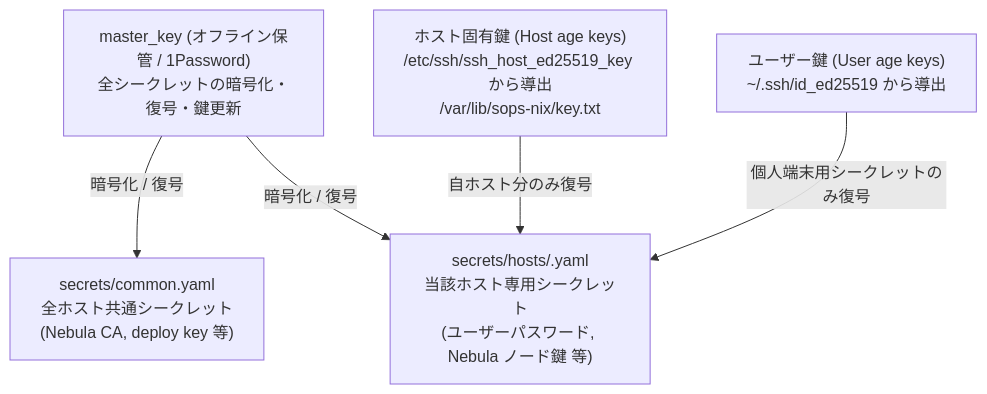
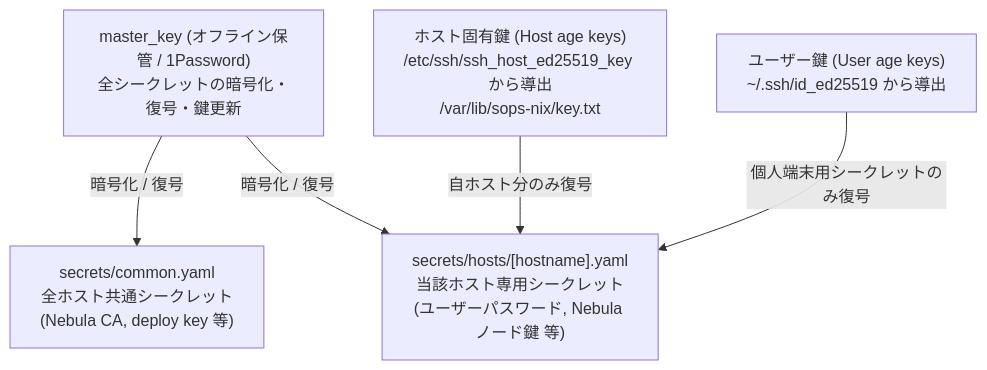
One commit to t3u-tsu/nix-config changed the diagram in docs/operations/secret-management.md. Above: the diagram before and after it, drawn with Mermaid. The commit also changed 3 other files, not shown here.

Commit message:
docs: fix Mermaid syntax errors and escape labels for GitHub renderer

````diff
--- a/docs/operations/secret-management.md
+++ b/docs/operations/secret-management.md
@@ -11,15 +11,15 @@
 ```mermaid
 graph TD
     Master["master_key (オフライン保管 / 1Password)<br>全シークレットの暗号化・復号・鍵更新"]
     HostKey["ホスト固有鍵 (Host age keys)<br>/etc/ssh/ssh_host_ed25519_key から導出<br>/var/lib/sops-nix/key.txt"]
     UserKey["ユーザー鍵 (User age keys)<br>~/.ssh/id_ed25519 から導出"]
 
     CommonSecret["secrets/common.yaml<br>全ホスト共通シークレット<br>(Nebula CA, deploy key 等)"]
-    HostSecret["secrets/hosts/<hostname>.yaml<br>当該ホスト専用シークレット<br>(ユーザーパスワード, Nebula ノード鍵 等)"]
+    HostSecret["secrets/hosts/[hostname].yaml<br>当該ホスト専用シークレット<br>(ユーザーパスワード, Nebula ノード鍵 等)"]
 
     Master -->|暗号化 / 復号| CommonSecret
     Master -->|暗号化 / 復号| HostSecret
 
     HostKey -->|自ホスト分のみ復号| HostSecret
     UserKey -->|個人端末用シークレットのみ復号| HostSecret
 ```
````
